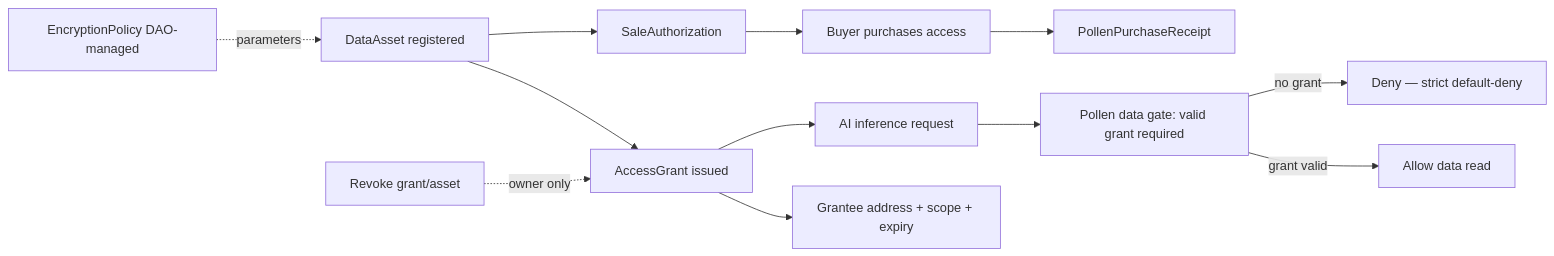
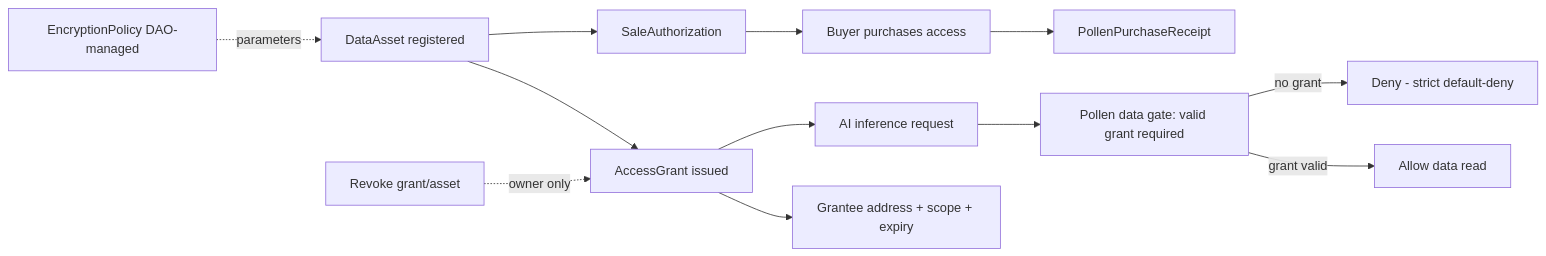
One commit to budlum-xyz/budlum changed diagram 34 of 51 in docs/ARCHITECTURE.md. Above: the diagram before and after it, drawn with Mermaid. The commit also changed other lines of this file, not shown here.

````diff
--- a/docs/ARCHITECTURE.md
+++ b/docs/ARCHITECTURE.md
@@ -1045,14 +1045,14 @@
 ```mermaid
 flowchart LR
   Asset[DataAsset registered] --> Grant[AccessGrant issued]
   Grant --> Grantee["Grantee address + scope + expiry"]
   Asset --> Sale[SaleAuthorization]
   Sale --> Buyer[Buyer purchases access]
   Buyer --> Purchase[PollenPurchaseReceipt]
   Grant --> AI[AI inference request]
   AI --> Gate[Pollen data gate: valid grant required]
   Gate -->|grant valid| Allow[Allow data read]
-  Gate -->|no grant| Deny[Deny — strict default-deny]
+  Gate -->|no grant| Deny[Deny - strict default-deny]
   Encrypt[EncryptionPolicy DAO-managed] -. parameters .-> Asset
   Revoke[Revoke grant/asset] -. owner only .-> Grant
 ```
````
